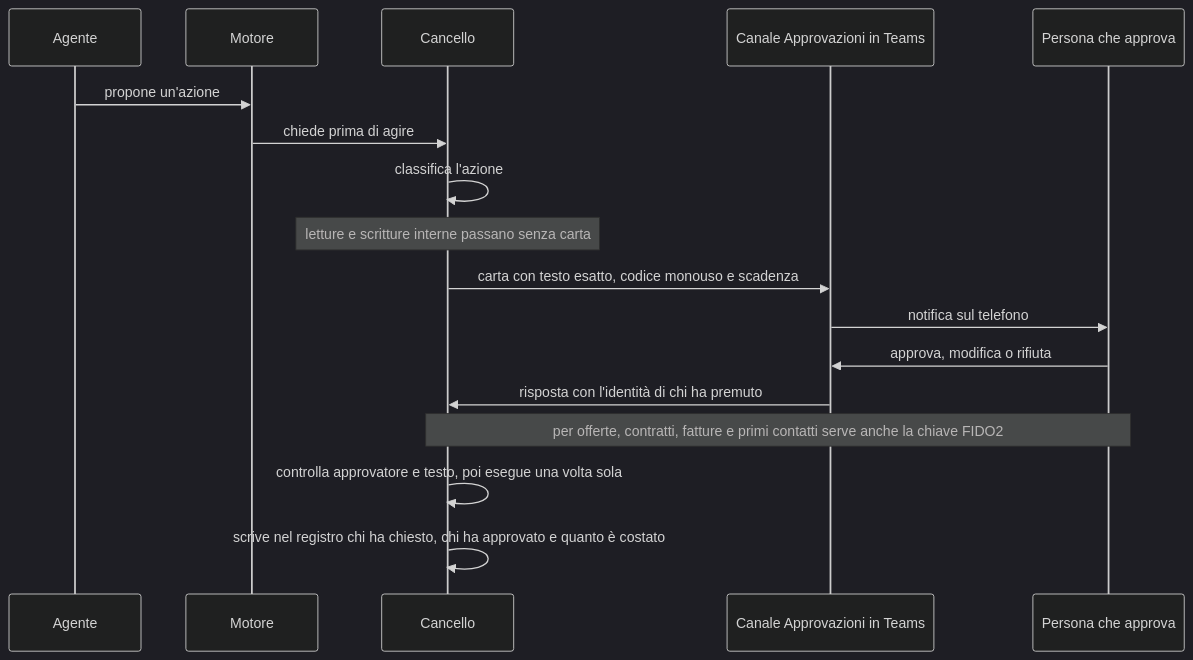
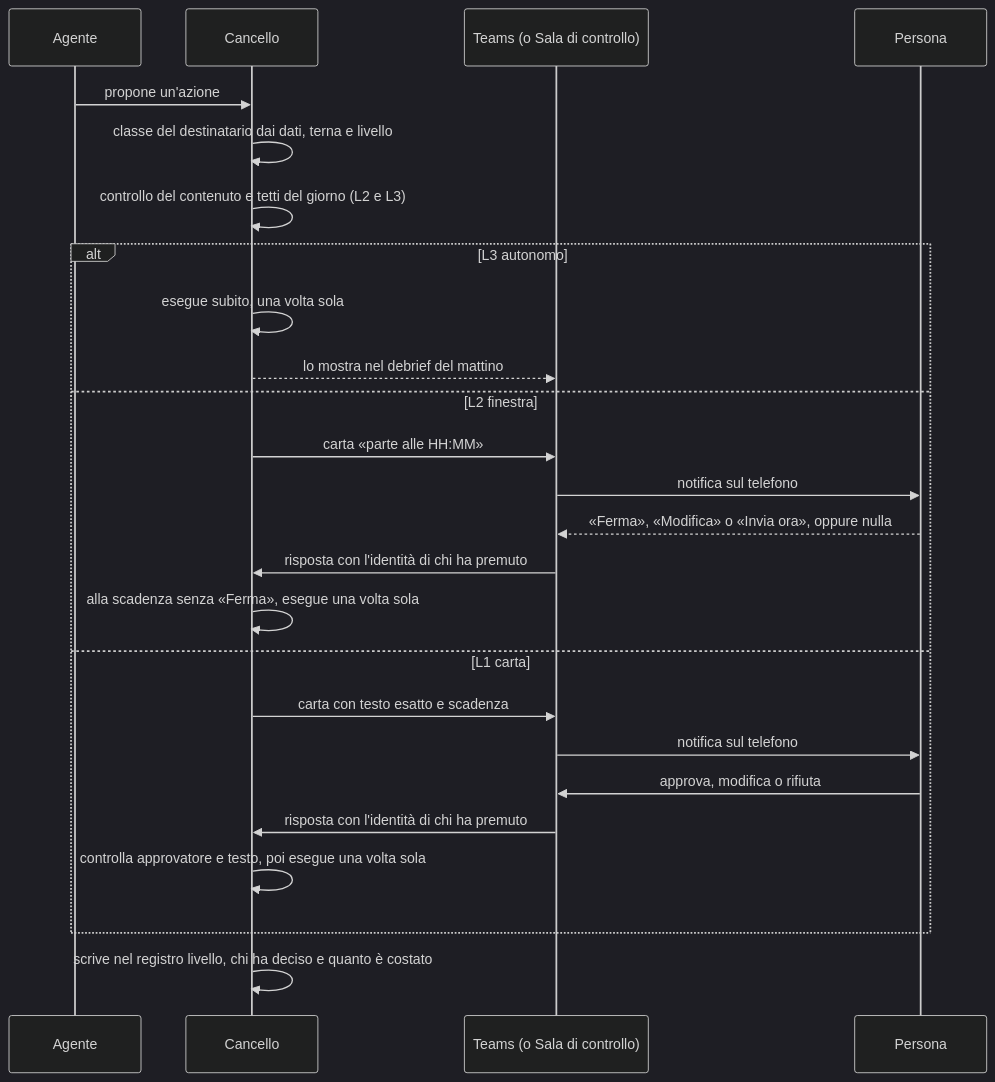
One commit to SerSan-Studio/sersan-agent-os changed the second of 2 diagrams in docs/05-design.md. Above: the diagram before and after it, drawn with Mermaid (dark theme). The commit also changed other lines of this file and 6 other files, not shown here.

````diff
--- a/docs/05-design.md
+++ b/docs/05-design.md
@@ -372,19 +496,27 @@
 ```mermaid
 sequenceDiagram
     participant AG as Agente
-    participant MO as Motore
     participant CA as Cancello
-    participant TE as Canale Approvazioni in Teams
-    participant PE as Persona che approva
-    AG->>MO: propone un'azione
-    MO->>CA: chiede prima di agire
-    CA->>CA: classifica l'azione
-    Note over CA: letture e scritture interne passano senza carta
-    CA->>TE: carta con testo esatto, codice monouso e scadenza
-    TE->>PE: notifica sul telefono
-    PE->>TE: approva, modifica o rifiuta
-    TE->>CA: risposta con l'identità di chi ha premuto
-    Note over CA,PE: per offerte, contratti, fatture e primi contatti serve anche la chiave FIDO2
-    CA->>CA: controlla approvatore e testo, poi esegue una volta sola
-    CA->>CA: scrive nel registro chi ha chiesto, chi ha approvato e quanto è costato
+    participant TE as Teams (o Sala di controllo)
+    participant PE as Persona
+    AG->>CA: propone un'azione
+    CA->>CA: classe del destinatario dai dati, terna e livello
+    CA->>CA: controllo del contenuto e tetti del giorno (L2 e L3)
+    alt L3 autonomo
+        CA->>CA: esegue subito, una volta sola
+        CA-->>TE: lo mostra nel debrief del mattino
+    else L2 finestra
+        CA->>TE: carta «parte alle HH:MM»
+        TE->>PE: notifica sul telefono
+        PE-->>TE: «Ferma», «Modifica» o «Invia ora», oppure nulla
+        TE->>CA: risposta con l'identità di chi ha premuto
+        CA->>CA: alla scadenza senza «Ferma», esegue una volta sola
+    else L1 carta
+        CA->>TE: carta con testo esatto e scadenza
+        TE->>PE: notifica sul telefono
+        PE->>TE: approva, modifica o rifiuta
+        TE->>CA: risposta con l'identità di chi ha premuto
+        CA->>CA: controlla approvatore e testo, poi esegue una volta sola
+    end
+    CA->>CA: scrive nel registro livello, chi ha deciso e quanto è costato
 ```
````
